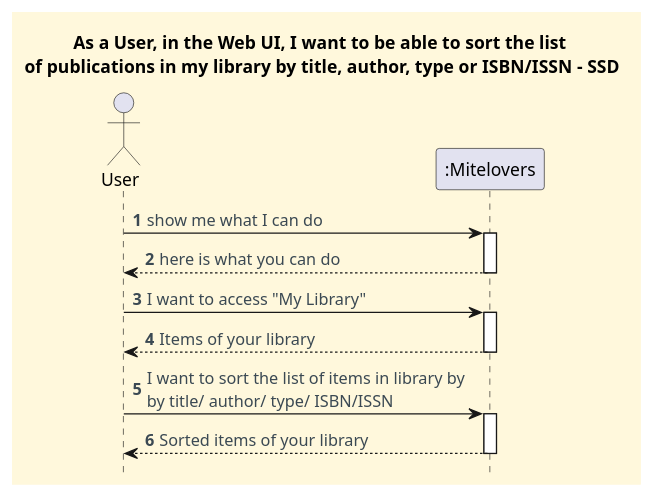
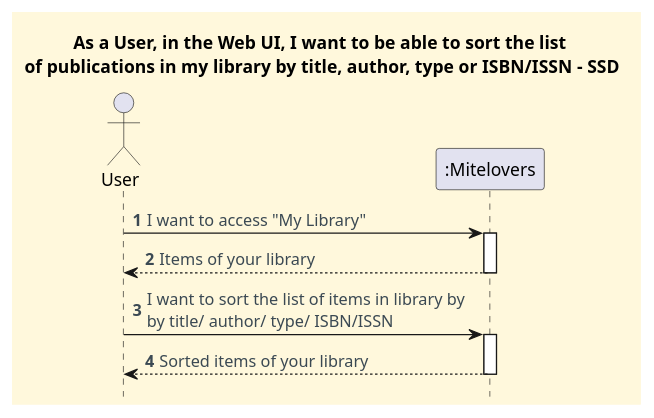
Before and after one commit to CarolinaLeite-collab/JavaMarketplacePlatform: the diagram in docs/client-server-diagrams/sort-publications-in-library-by-title-author-type-or-isbn-issn/Process_View_SSD.puml, drawn with PlantUML. The commit also changed 4 other files, not shown here.

Commit message:
docs: align library sorting diagrams with implementation, refs #1139

```diff
--- a/docs/client-server-diagrams/sort-publications-in-library-by-title-author-type-or-isbn-issn/Process_View_SSD.puml
+++ b/docs/client-server-diagrams/sort-publications-in-library-by-title-author-type-or-isbn-issn/Process_View_SSD.puml
@@ -1,39 +1,34 @@
 @startuml
 '==== basic style ====
 hide stereotype
 skinparam monochrome false
 skinparam shadowing false
 skinparam defaultFontName Futura
 skinparam objectFontSize 20
 skinparam backgroundColor CornSilk
 skinparam objectBackgroundColor WhiteSmoke
 skinparam noteBackgroundColor #FFFFE0
 skinparam ArrowFontColor #3B4953
 skinparam ActivationBackgroundColor black
 hidefootbox
 
 autonumber
 
 title "As a User, in the Web UI, I want to be able to sort the list \nof publications in my library by title, author, type or ISBN/ISSN - SSD"
 
 ' --- Actor and participants ---
 
 actor User
 participant ":Mitelovers" as mite
 
-User -> mite : show me what I can do
-activate mite
-mite --> User : here is what you can do
-deactivate mite
-
 User -> mite : I want to access "My Library"
 activate mite
 mite --> User : Items of your library
 deactivate mite
 
 User -> mite : I want to sort the list of items in library by \nby title/ author/ type/ ISBN/ISSN
 activate mite
 mite --> User : Sorted items of your library
 deactivate mite
 
 @enduml
```
